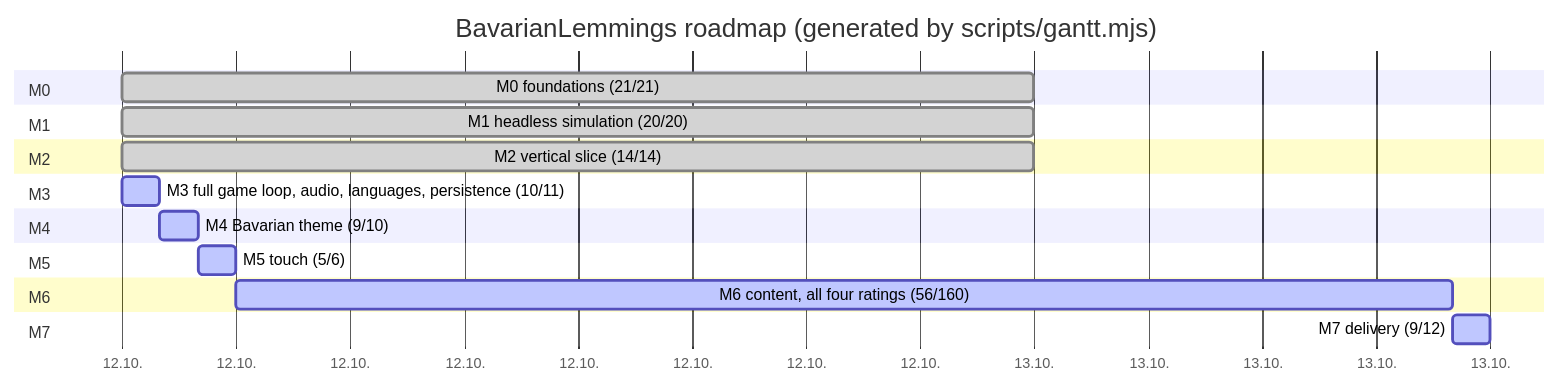
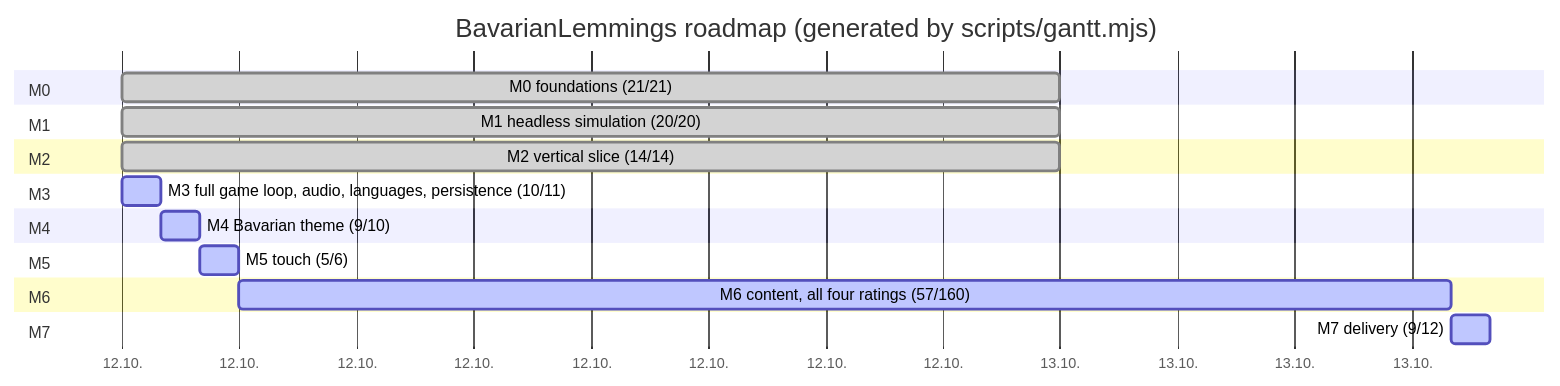
The diagram in plan.md (marcelpetrick/BavarianLemmings), drawn with Mermaid before and after one commit. The commit also changed other lines of this file and 6 other files, not shown here.

````diff
--- a/plan.md
+++ b/plan.md
@@ -43,22 +43,22 @@
 ```mermaid
 gantt
     title BavarianLemmings roadmap (generated by scripts/gantt.mjs)
     dateFormat  YYYY-MM-DD
     axisFormat  %d.%m.
     section M0
     M0 foundations (21/21) :done, m0, 2026-10-12, 1d
     section M1
     M1 headless simulation (20/20) :done, m1, 2026-10-12, 1d
     section M2
     M2 vertical slice (14/14) :done, m2, 2026-10-12, 1d
     section M3
     M3 full game loop, audio, languages, persistence (10/11) :active, m3, 2026-10-12, 1h
     section M4
     M4 Bavarian theme (9/10) :active, m4, after m3, 1h
     section M5
     M5 touch (5/6) :active, m5, after m4, 1h
     section M6
-    M6 content, all four ratings (56/160) :active, m6, after m5, 32h
+    M6 content, all four ratings (57/160) :active, m6, after m5, 31h
     section M7
     M7 delivery (9/12) :active, m7, after m6, 1h
 ```
````
